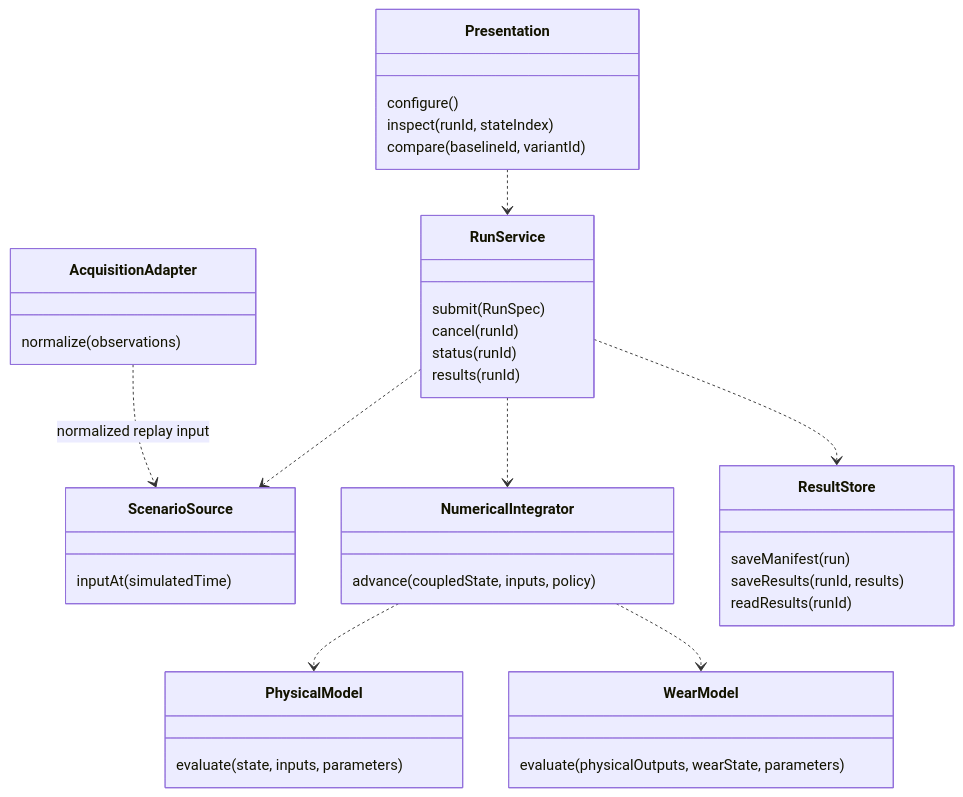
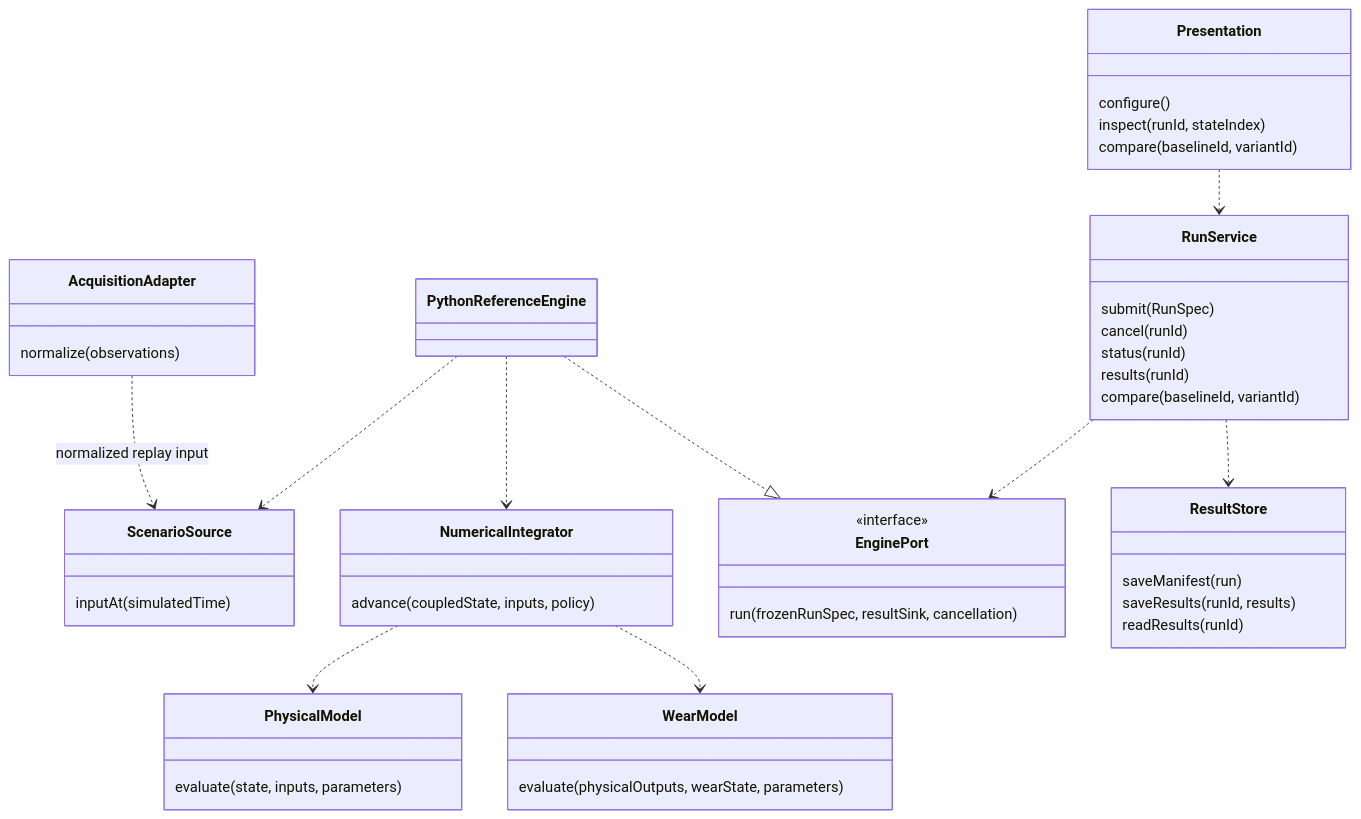
The first of 4 diagrams in docs/architecture/README.md (V-Twin-EIP/V-Twin), drawn with Mermaid before and after one commit. The commit also changed other lines of this file and 6 other files, not shown here.

Commit message:
docs: define local V1 architecture and replaceable engine contracts

````diff
--- a/docs/architecture/README.md
+++ b/docs/architecture/README.md
@@ -22,41 +38,49 @@
 ```mermaid
 classDiagram
     class RunService {
         submit(RunSpec)
         cancel(runId)
         status(runId)
         results(runId)
+        compare(baselineId, variantId)
     }
     class ScenarioSource {
         inputAt(simulatedTime)
     }
     class NumericalIntegrator {
         advance(coupledState, inputs, policy)
     }
+    class EnginePort {
+        <<interface>>
+        run(frozenRunSpec, resultSink, cancellation)
+    }
+    class PythonReferenceEngine
     class PhysicalModel {
         evaluate(state, inputs, parameters)
     }
     class WearModel {
         evaluate(physicalOutputs, wearState, parameters)
     }
     class ResultStore {
         saveManifest(run)
         saveResults(runId, results)
         readResults(runId)
     }
     class AcquisitionAdapter {
         normalize(observations)
     }
     class Presentation {
         configure()
         inspect(runId, stateIndex)
         compare(baselineId, variantId)
     }
     Presentation ..> RunService
-    RunService ..> ScenarioSource
-    RunService ..> NumericalIntegrator
+    RunService ..> EnginePort
+    PythonReferenceEngine ..|> EnginePort
+    PythonReferenceEngine ..> ScenarioSource
+    PythonReferenceEngine ..> NumericalIntegrator
     RunService ..> ResultStore
     NumericalIntegrator ..> PhysicalModel
     NumericalIntegrator ..> WearModel
     AcquisitionAdapter ..> ScenarioSource : normalized replay input
 ```
````
